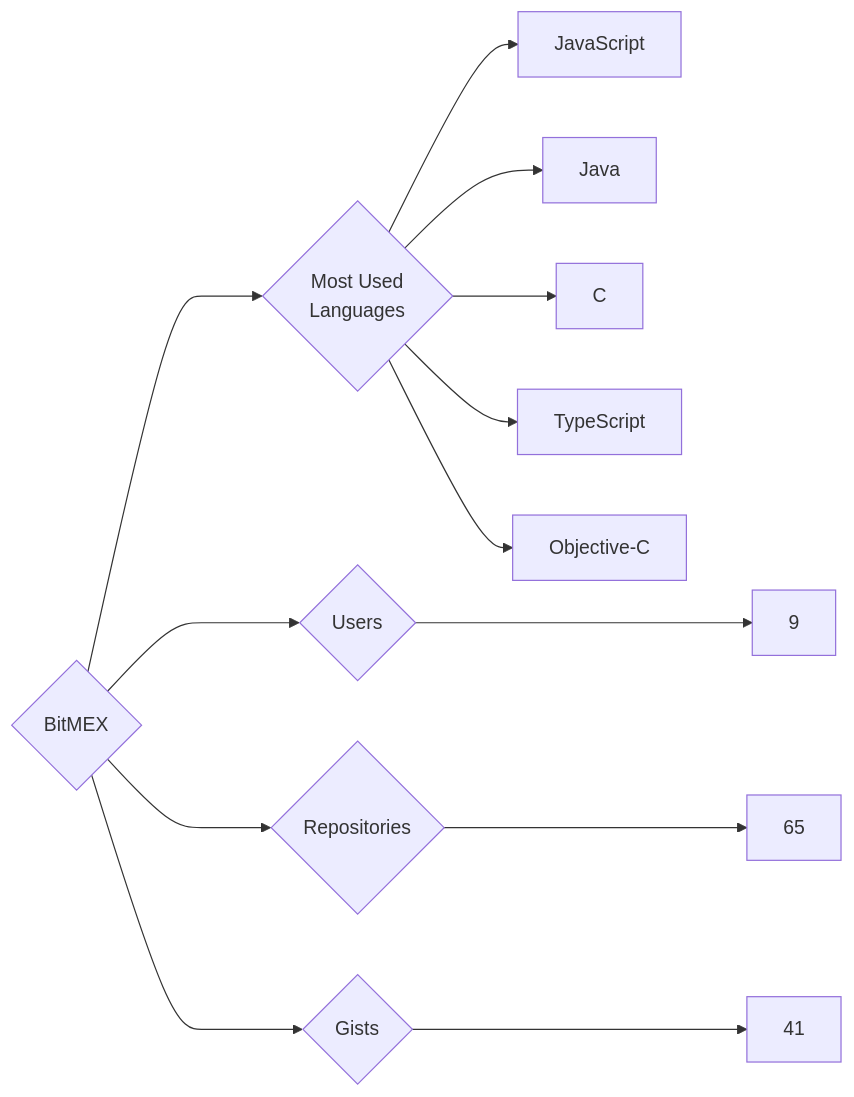
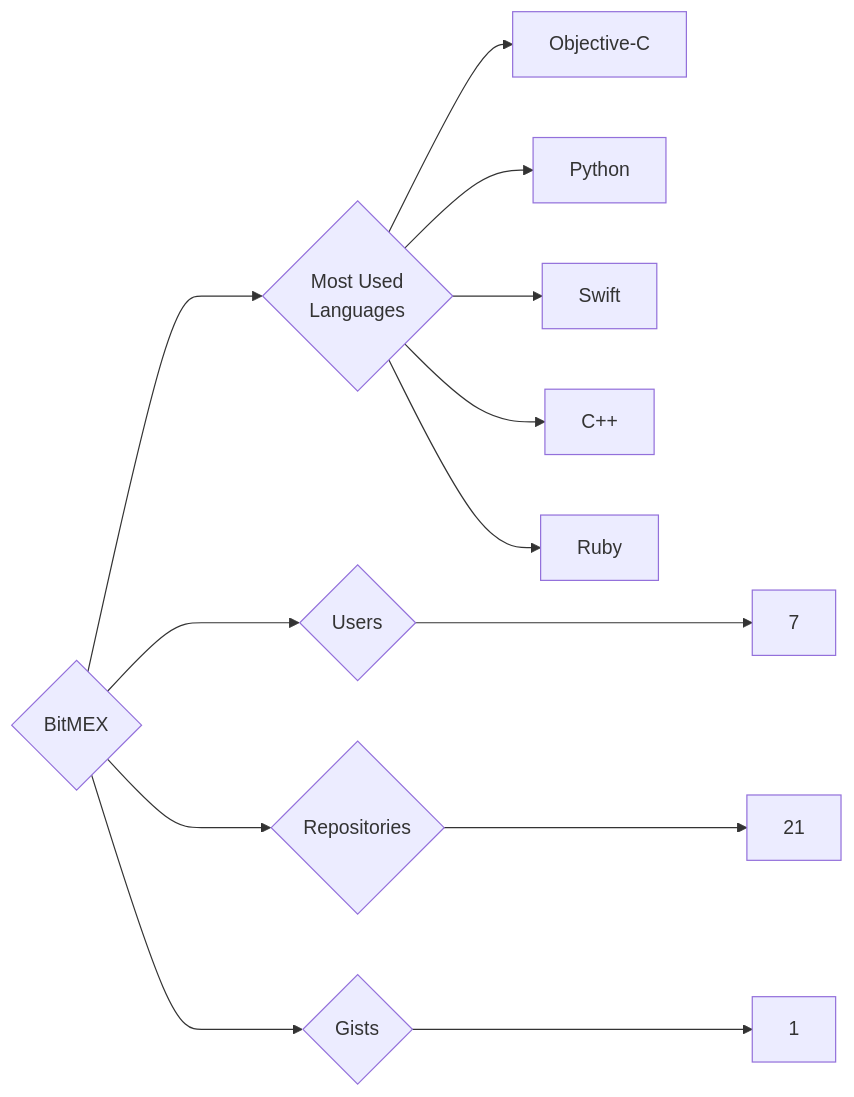
Before and after one commit to trickest/insiders: the diagram in targets/BitMEX/README.md, drawn with Mermaid. The commit also changed 823 other files, not shown here.

````diff
--- a/targets/BitMEX/README.md
+++ b/targets/BitMEX/README.md
@@ -3,13 +3,13 @@
 ```mermaid
 graph LR
 COMPANY_NAME{BitMEX}
-COMPANY_NAME ---> U{Users} ---> UN[9]
-COMPANY_NAME ---> R{Repositories} ---> RN[65]
-COMPANY_NAME ---> G{Gists} ---> GN[41]
+COMPANY_NAME ---> U{Users} ---> UN[7]
+COMPANY_NAME ---> R{Repositories} ---> RN[21]
+COMPANY_NAME ---> G{Gists} ---> GN[1]
 COMPANY_NAME ---> ML{Most Used<br>Languages}
-ML --> JavaScript[JavaScript]
-ML --> Java[Java]
-ML --> C[C]
-ML --> TypeScript[TypeScript]
 ML --> Objective-C[Objective-C]
+ML --> Python[Python]
+ML --> Swift[Swift]
+ML --> C++[C++]
+ML --> Ruby[Ruby]
 ```
````
